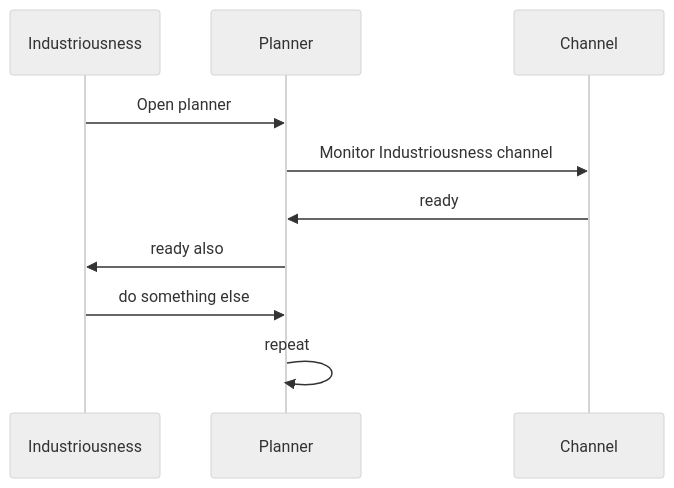
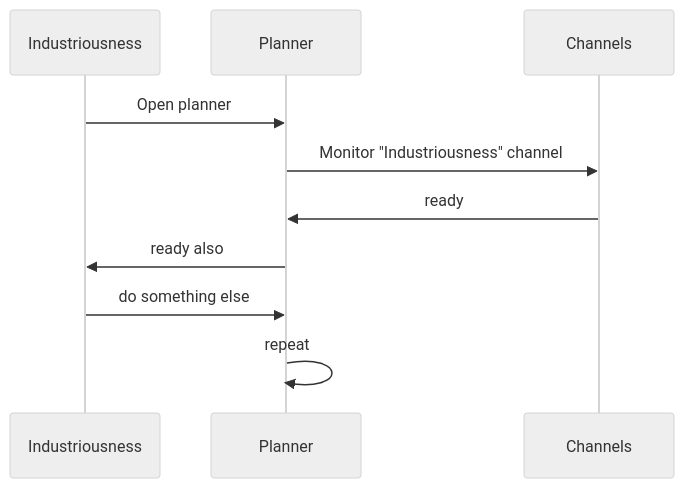
Before and after one commit to vanHeemstraSystems/industriousness: the second of 2 diagrams in 300/README.md, drawn with Mermaid (neutral theme).

````diff
--- a/300/README.md
+++ b/300/README.md
@@ -21,12 +21,12 @@
 ```mermaid
 sequenceDiagram
     participant Industriousness
     participant Planner
-    participant Channel
+    participant Channels
     Industriousness->>Planner: Open planner
-    Planner->>Channel: Monitor Industriousness channel
-    Channel->>Planner: ready
+    Planner->>Channels: Monitor "Industriousness" channel
+    Channels->>Planner: ready
     Planner->>Industriousness: ready also
     Industriousness->>Planner: do something else
     Planner->>Planner: repeat
 ```
````
